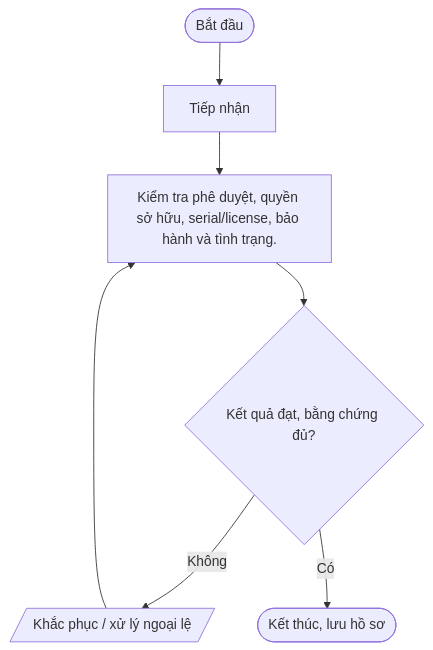
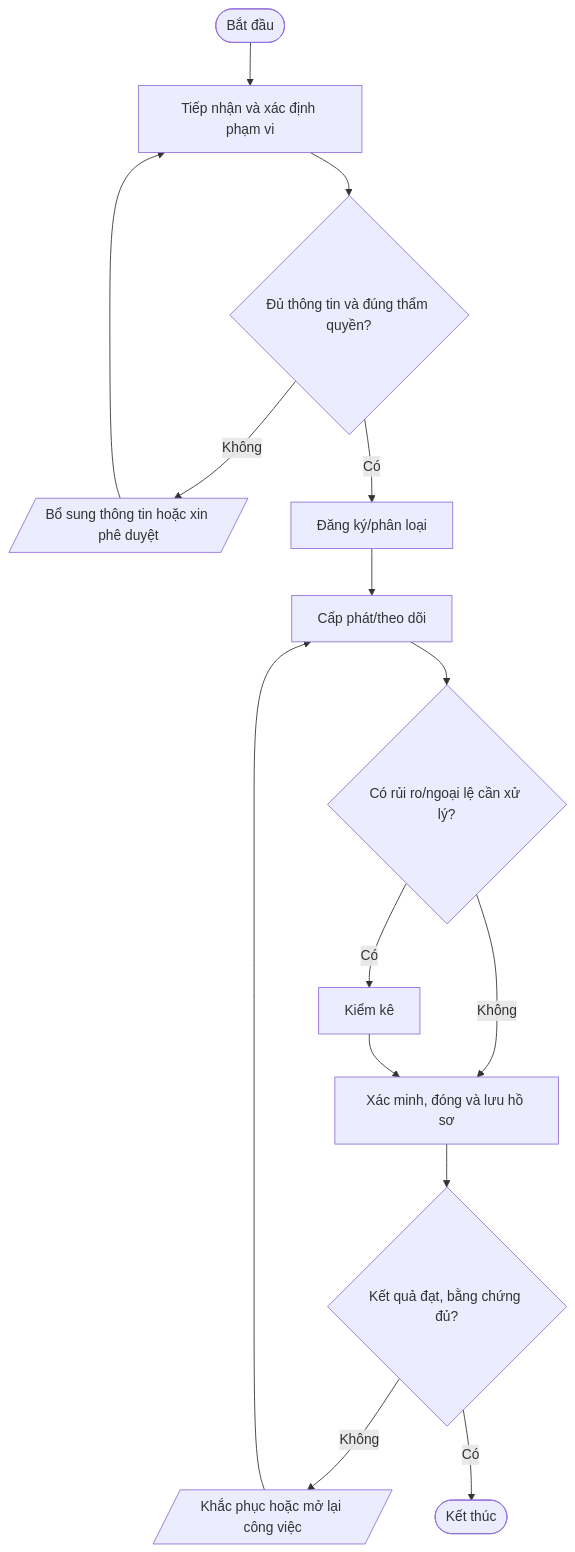
Before and after one commit to daoaigiangnam/Quy_Trinh_Chuan: the fourth of 9 diagrams in quy-trinh/02-Van-hanh-IT/README.md, drawn with Mermaid. The commit also changed other lines of this file, not shown here.

Commit message:
docs: refine detailed procedure steps and Mermaid flowcharts

````diff
--- a/quy-trinh/02-Van-hanh-IT/README.md
+++ b/quy-trinh/02-Van-hanh-IT/README.md
@@ -262,11 +319,17 @@
 ```mermaid
 flowchart TD
-  A([Bắt đầu]) --> S1
-  S1["Tiếp nhận"]
-  S2["Kiểm tra phê duyệt, quyền sở hữu, serial/license, bảo hành và tình trạng."]
-  S1 --> S2
-  S2 --> D2{"Kết quả đạt, bằng chứng đủ?"}
-  D2 -- Không --> REWORK[/"Khắc phục / xử lý ngoại lệ"/]
-  REWORK --> S2
-  D2 -- Có --> Z([Kết thúc, lưu hồ sơ])
+  A([Bắt đầu]) --> S1["Tiếp nhận và xác định phạm vi"]
+  S1 --> D1{"Đủ thông tin và đúng thẩm quyền?"}
+  D1 -- Không --> F1[/"Bổ sung thông tin hoặc xin phê duyệt"/]
+  F1 --> S1
+  D1 -- Có --> S2["Đăng ký/phân loại"]
+  S2 --> S3["Cấp phát/theo dõi"]
+  S3 --> D2{"Có rủi ro/ngoại lệ cần xử lý?"}
+  D2 -- Có --> S4["Kiểm kê"]
+  D2 -- Không --> S5["Xác minh, đóng và lưu hồ sơ"]
+  S4 --> S5
+  S5 --> D3{"Kết quả đạt, bằng chứng đủ?"}
+  D3 -- Không --> R[/"Khắc phục hoặc mở lại công việc"/]
+  R --> S3
+  D3 -- Có --> Z([Kết thúc])
 ```
````
